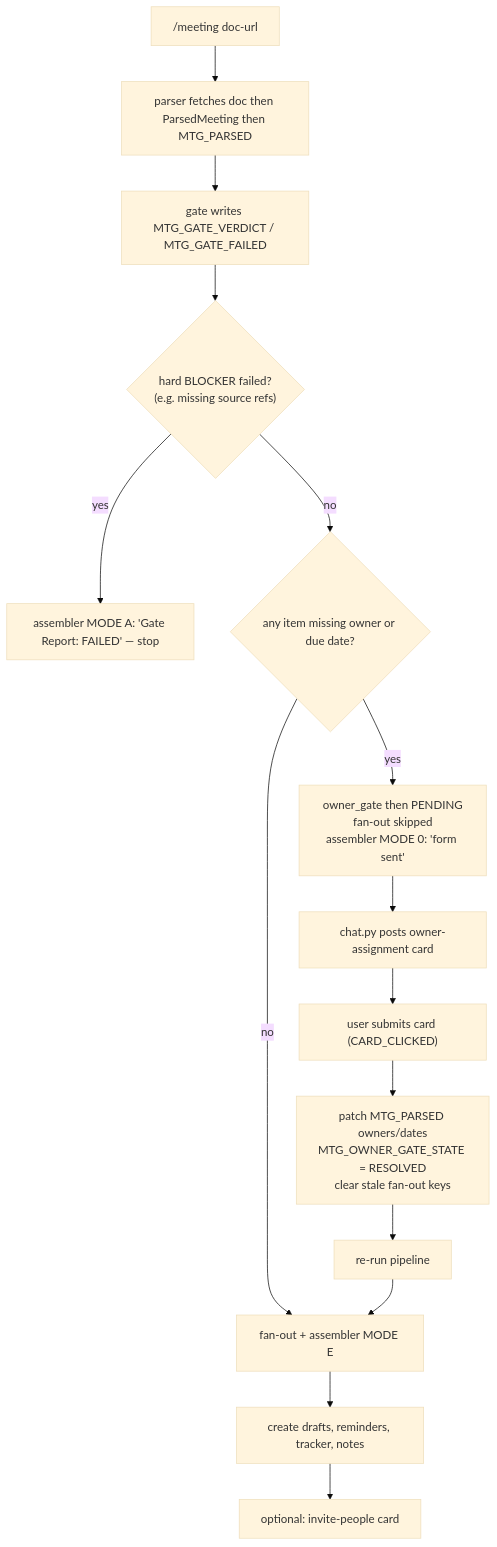
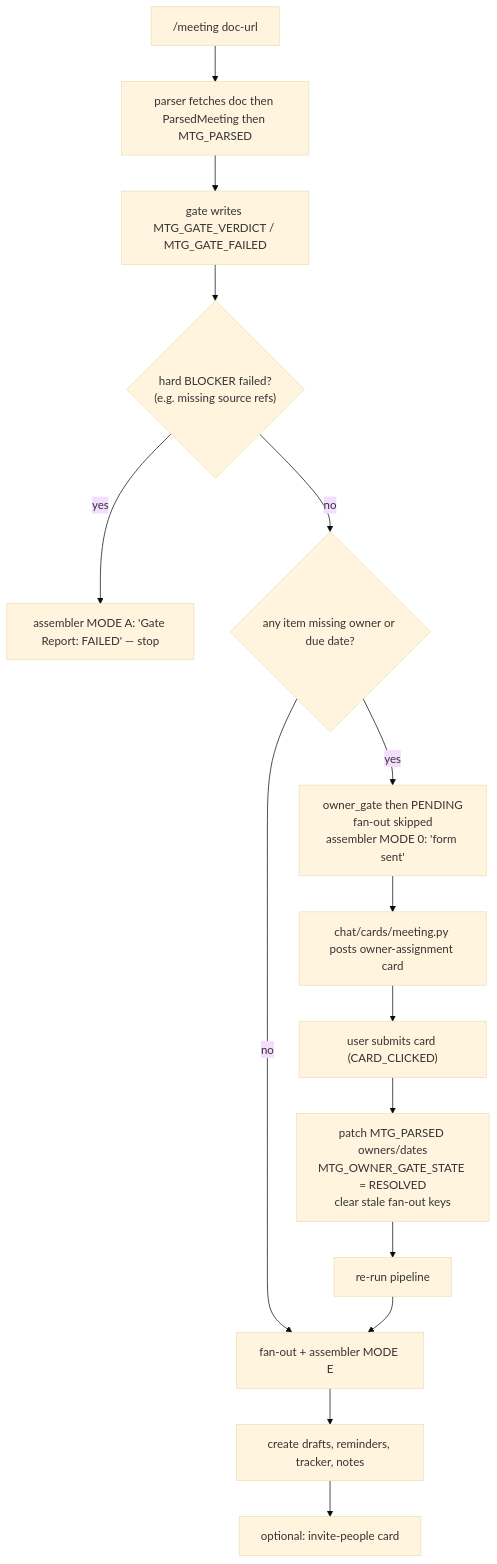
One commit to Bojackson123/Workspace-Agent changed the second of 9 diagrams in Docs/Meeting-Workflow.md. Above: the diagram before and after it, drawn with Mermaid (base theme). The commit also changed other lines of this file and 53 other files, not shown here.

````diff
--- a/Docs/Meeting-Workflow.md
+++ b/Docs/Meeting-Workflow.md
@@ -42,19 +45,19 @@
 ```mermaid
 flowchart TD
     START["/meeting doc-url"] --> PARSE["parser fetches doc then ParsedMeeting then MTG_PARSED"]
     PARSE --> GATE["gate writes MTG_GATE_VERDICT / MTG_GATE_FAILED"]
     GATE --> HARD{"hard BLOCKER failed?<br/>(e.g. missing source refs)"}
     HARD -->|"yes"| FAIL["assembler MODE A: 'Gate Report: FAILED' — stop"]
     HARD -->|"no"| OWN{"any item missing owner or due date?"}
 
     OWN -->|"yes"| PEND["owner_gate then PENDING<br/>fan-out skipped<br/>assembler MODE 0: 'form sent'"]
-    PEND --> CARD["chat.py posts owner-assignment card"]
+    PEND --> CARD["chat/cards/meeting.py posts owner-assignment card"]
     CARD --> SUBMIT["user submits card (CARD_CLICKED)"]
     SUBMIT --> PATCH["patch MTG_PARSED owners/dates<br/>MTG_OWNER_GATE_STATE = RESOLVED<br/>clear stale fan-out keys"]
     PATCH --> RERUN["re-run pipeline"]
 
     OWN -->|"no"| FANOUT["fan-out + assembler MODE E"]
     RERUN --> FANOUT
     FANOUT --> ARTE["create drafts, reminders, tracker, notes"]
     ARTE --> INVITE["optional: invite-people card"]
 ```
````
